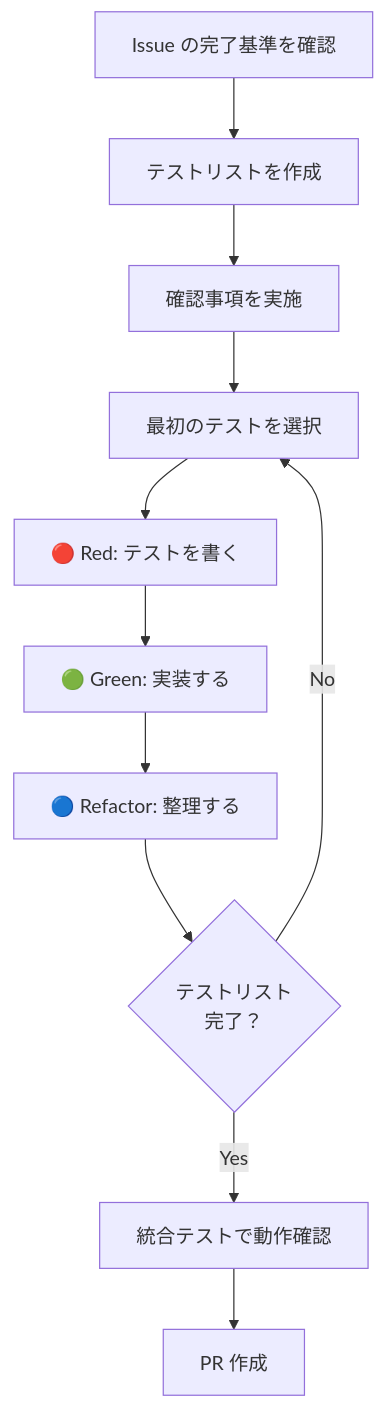
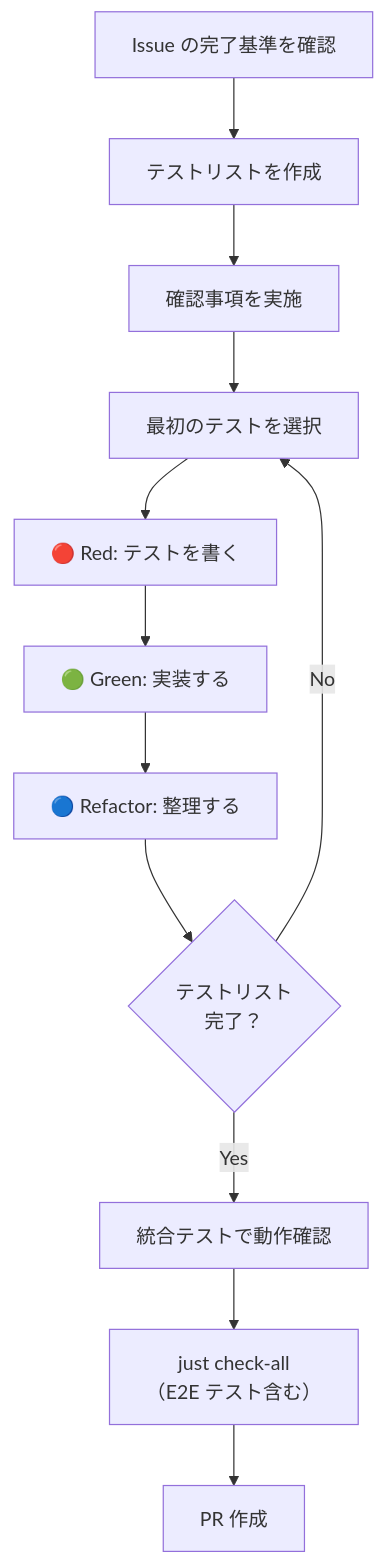
Before and after one commit to ka2kama/ringiflow: the third of 3 diagrams in docs/04_手順書/04_開発フロー/02_TDD開発フロー.md, drawn with Mermaid. The commit also changed other lines of this file and 6 other files, not shown here.

````diff
--- a/docs/04_手順書/04_開発フロー/02_TDD開発フロー.md
+++ b/docs/04_手順書/04_開発フロー/02_TDD開発フロー.md
@@ -380,13 +380,14 @@
 ```mermaid
 flowchart TD
     A["Issue の完了基準を確認"] --> B["テストリストを作成"]
     B --> V["確認事項を実施"]
     V --> C["最初のテストを選択"]
     C --> D["🔴 Red: テストを書く"]
     D --> E["🟢 Green: 実装する"]
     E --> F["🔵 Refactor: 整理する"]
     F --> G{"テストリスト<br/>完了？"}
     G -->|No| C
     G -->|Yes| H["統合テストで動作確認"]
-    H --> I["PR 作成"]
+    H --> J["just check-all<br/>（E2E テスト含む）"]
+    J --> I["PR 作成"]
 ```
````
